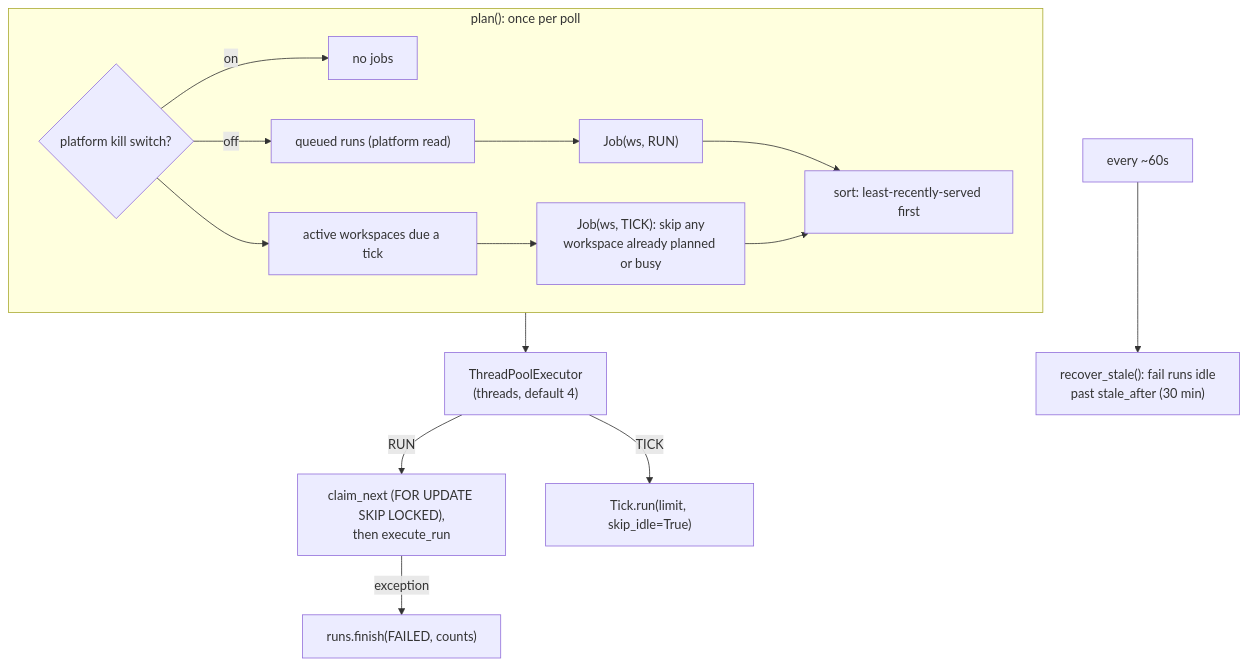
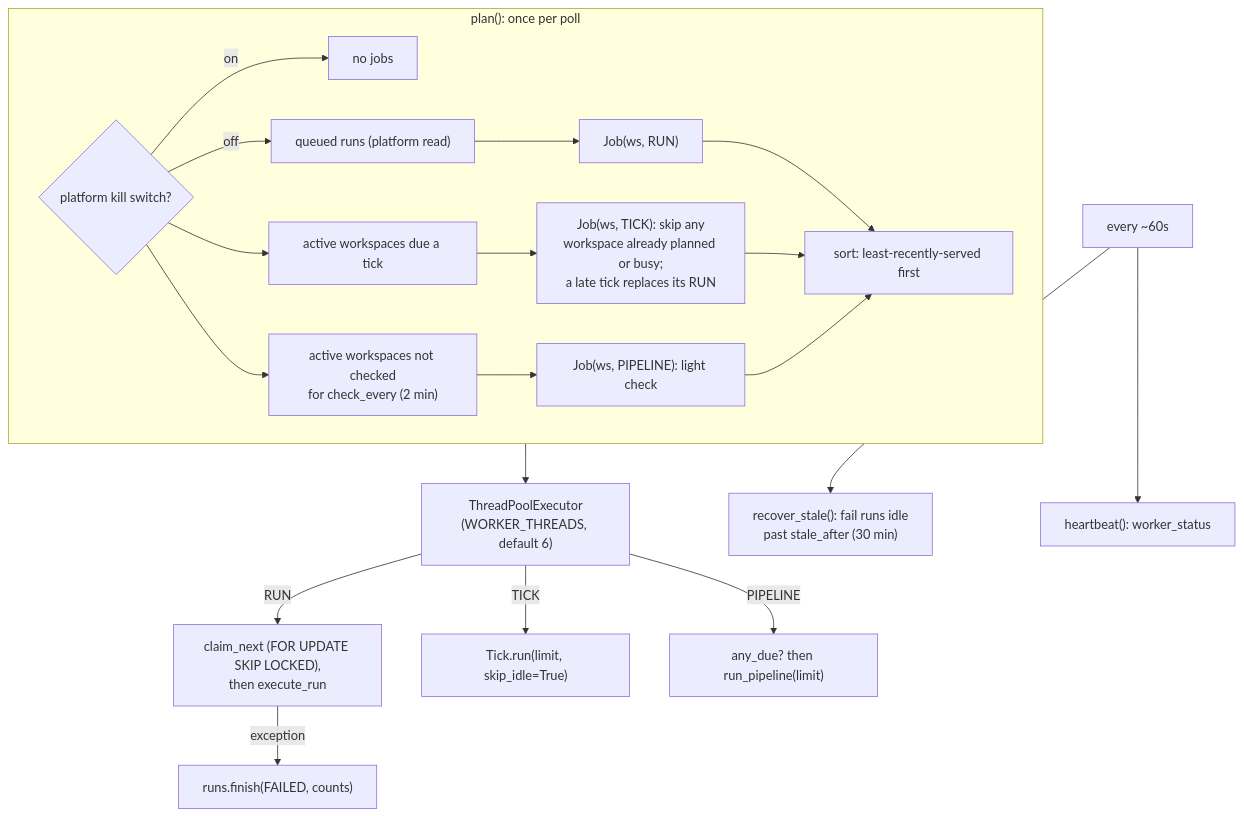
The second of 2 diagrams in docs/technical/lld/runner-and-worker.md (rahul-trip/email_campaign), drawn with Mermaid before and after one commit. The commit also changed other lines of this file and 16 other files, not shown here.

````diff
--- a/docs/technical/lld/runner-and-worker.md
+++ b/docs/technical/lld/runner-and-worker.md
@@ -159,16 +165,20 @@
 ```mermaid
 flowchart TB
     subgraph plan["plan(): once per poll"]
         direction LR
         K{"platform kill switch?"} -->|on| Z["no jobs"]
         K -->|off| Q["queued runs (platform read)"] --> J1["Job(ws, RUN)"]
-        K --> A["active workspaces due a tick"] --> J2["Job(ws, TICK): skip any<br/>workspace already planned or busy"]
+        K --> A["active workspaces due a tick"] --> J2["Job(ws, TICK): skip any<br/>workspace already planned or busy;<br/>a late tick replaces its RUN"]
+        K --> C["active workspaces not checked<br/>for check_every (2 min)"] --> J3["Job(ws, PIPELINE): light check"]
         J1 --> Sort["sort: least-recently-served first"]
         J2 --> Sort
+        J3 --> Sort
     end
-    Sort --> Pool["ThreadPoolExecutor<br/>(threads, default 4)"]
+    Sort --> Pool["ThreadPoolExecutor<br/>(WORKER_THREADS, default 6)"]
     Pool -->|RUN| Claim["claim_next (FOR UPDATE SKIP LOCKED),<br/>then execute_run"]
     Pool -->|TICK| TickRun["Tick.run(limit, skip_idle=True)"]
+    Pool -->|PIPELINE| Due["any_due? then run_pipeline(limit)"]
     Claim -->|exception| Fail["runs.finish(FAILED, counts)"]
     Loop["every ~60s"] --> Stale["recover_stale(): fail runs idle<br/>past stale_after (30 min)"]
+    Loop --> Beat["heartbeat(): worker_status"]
 ```
````
